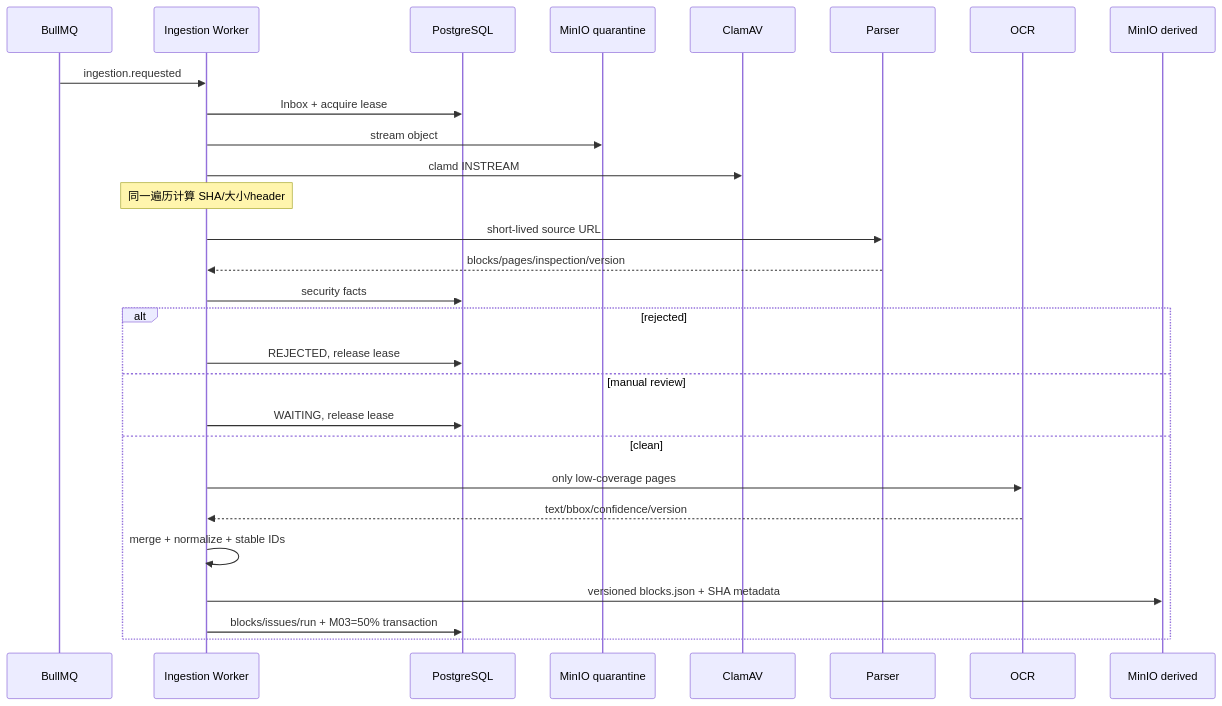
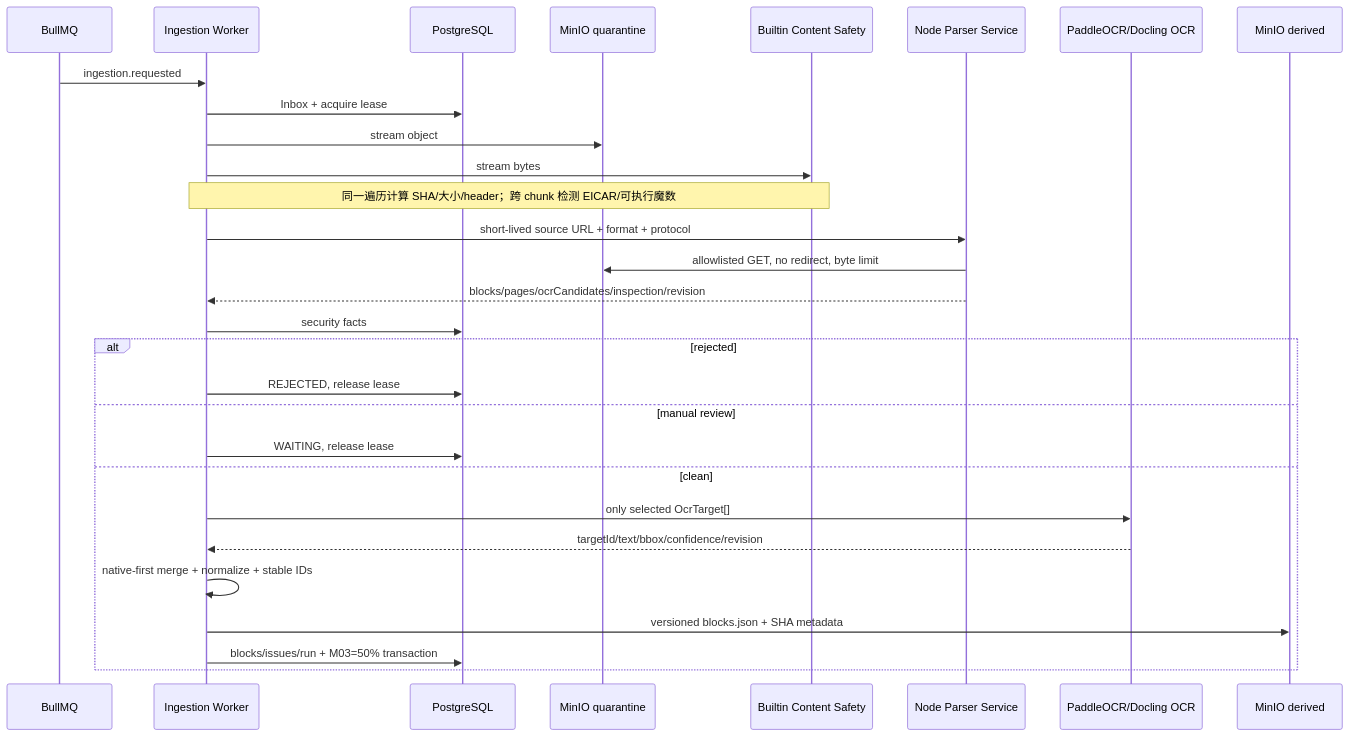
The diagram in docs/learning/M03-文件安全解析与OCR/02-architecture.md (lybyq/rag), drawn with Mermaid before and after one commit. The commit also changed other lines of this file and 111 other files, not shown here.

````diff
--- a/docs/learning/M03-文件安全解析与OCR/02-architecture.md
+++ b/docs/learning/M03-文件安全解析与OCR/02-architecture.md
@@ -3,31 +3,32 @@
 ```mermaid
 sequenceDiagram
   participant Q as BullMQ
   participant W as Ingestion Worker
   participant PG as PostgreSQL
   participant S3 as MinIO quarantine
-  participant AV as ClamAV
-  participant P as Parser
-  participant O as OCR
+  participant CS as Builtin Content Safety
+  participant P as Node Parser Service
+  participant O as PaddleOCR/Docling OCR
   participant D as MinIO derived
 
   Q->>W: ingestion.requested
   W->>PG: Inbox + acquire lease
   W->>S3: stream object
-  W->>AV: clamd INSTREAM
-  Note over W: 同一遍历计算 SHA/大小/header
-  W->>P: short-lived source URL
-  P-->>W: blocks/pages/inspection/version
+  W->>CS: stream bytes
+  Note over W,CS: 同一遍历计算 SHA/大小/header；跨 chunk 检测 EICAR/可执行魔数
+  W->>P: short-lived source URL + format + protocol
+  P->>S3: allowlisted GET, no redirect, byte limit
+  P-->>W: blocks/pages/ocrCandidates/inspection/revision
   W->>PG: security facts
   alt rejected
     W->>PG: REJECTED, release lease
   else manual review
     W->>PG: WAITING, release lease
   else clean
-    W->>O: only low-coverage pages
-    O-->>W: text/bbox/confidence/version
-    W->>W: merge + normalize + stable IDs
+    W->>O: only selected OcrTarget[]
+    O-->>W: targetId/text/bbox/confidence/revision
+    W->>W: native-first merge + normalize + stable IDs
     W->>D: versioned blocks.json + SHA metadata
     W->>PG: blocks/issues/run + M03=50% transaction
   end
 ```
````
